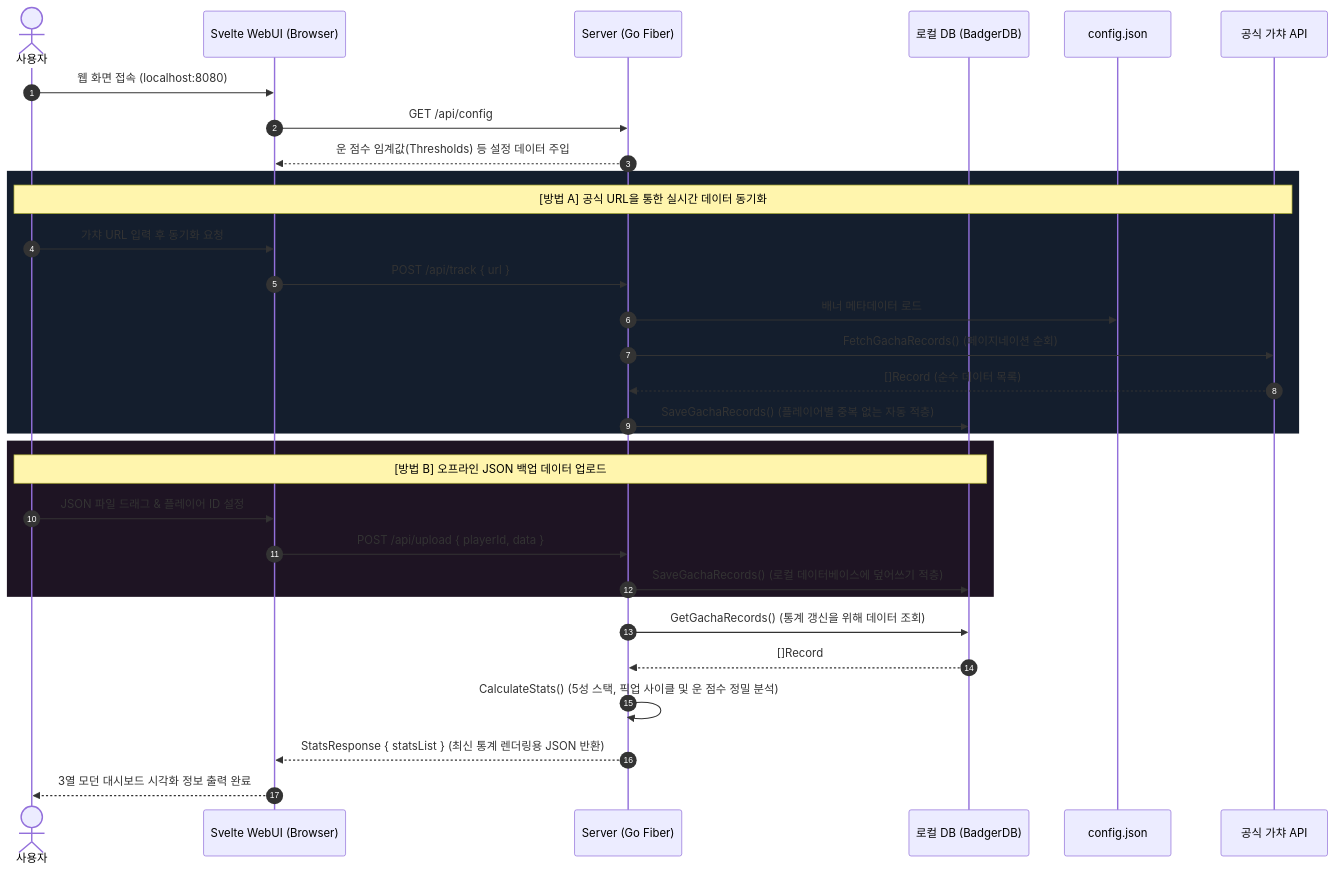
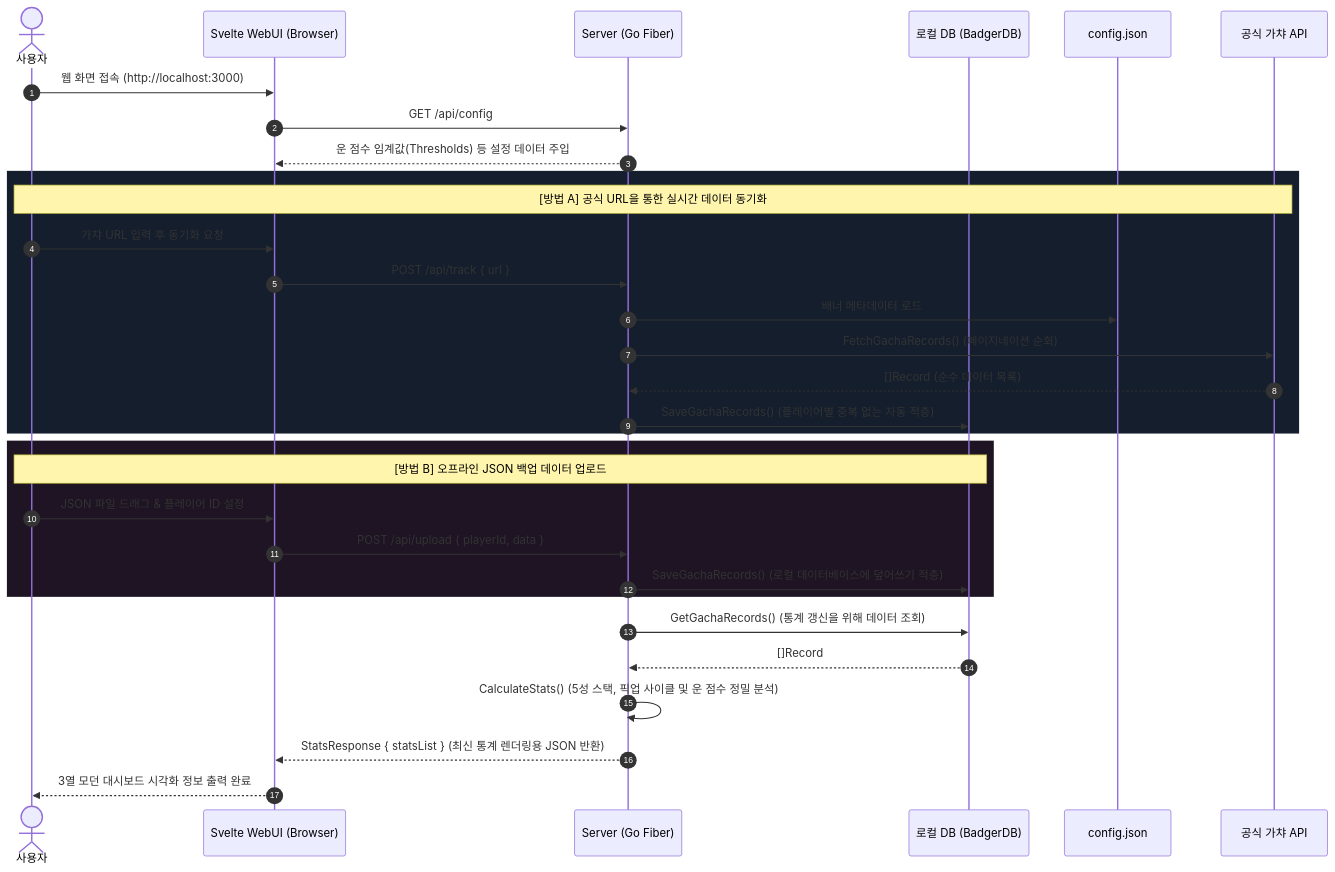
The diagram in README.md (meteormin/wuwa-tracker), drawn with Mermaid before and after one commit. The commit also changed other lines of this file, not shown here.

````diff
--- a/README.md
+++ b/README.md
@@ -148,37 +144,37 @@
 ```mermaid
 sequenceDiagram
     autonumber
     actor User as 사용자
     participant UI as Svelte WebUI (Browser)
     participant Server as Server (Go Fiber)
     participant DB as 로컬 DB (BadgerDB)
     participant Config as config.json
     participant API as 공식 가챠 API
 
-    User->>UI: 웹 화면 접속 (localhost:8080)
+    User->>UI: 웹 화면 접속 (http://localhost:3000)
     UI->>Server: GET /api/config
     Server-->>UI: 운 점수 임계값(Thresholds) 등 설정 데이터 주입
     
     rect rgb(20, 30, 45)
         Note over User, API: [방법 A] 공식 URL을 통한 실시간 데이터 동기화
         User->>UI: 가챠 URL 입력 후 동기화 요청
         UI->>Server: POST /api/track { url }
         Server->>Config: 배너 메타데이터 로드
         Server->>API: FetchGachaRecords() (페이지네이션 순회)
         API-->>Server: []Record (순수 데이터 목록)
         Server->>DB: SaveGachaRecords() (플레이어별 중복 없는 자동 적층)
     end
 
     rect rgb(30, 20, 35)
         Note over User, DB: [방법 B] 오프라인 JSON 백업 데이터 업로드
         User->>UI: JSON 파일 드래그 & 플레이어 ID 설정
         UI->>Server: POST /api/upload { playerId, data }
         Server->>DB: SaveGachaRecords() (로컬 데이터베이스에 덮어쓰기 적층)
     end
 
     Server->>DB: GetGachaRecords() (통계 갱신을 위해 데이터 조회)
     DB-->>Server: []Record
     Server->>Server: CalculateStats() (5성 스택, 픽업 사이클 및 운 점수 정밀 분석)
     Server-->>UI: StatsResponse { statsList } (최신 통계 렌더링용 JSON 반환)
     UI-->>User: 3열 모던 대시보드 시각화 정보 출력 완료
 ```
````
